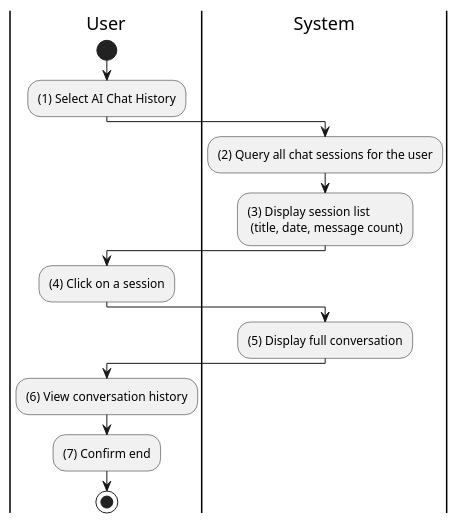
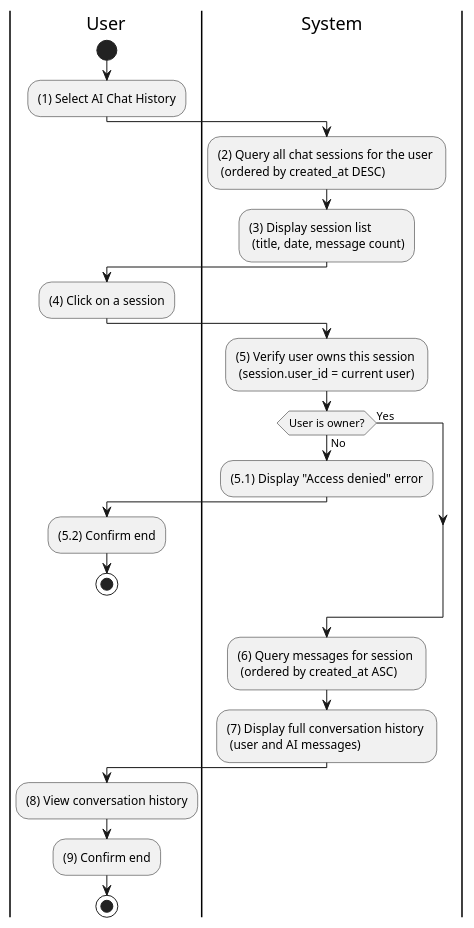
One commit to taskpilot-platform/taskpilot-platform.github.io changed the diagram in docs/docs/activity/ai-assistant/view-ai-chat-history.md. Above: the diagram before and after it, drawn with PlantUML. The commit also changed 14 other files, not shown here.

First line of the commit message:
feat(activity): expand batch 2 activity diagrams to ~40-50 lines

````diff
--- a/docs/docs/activity/ai-assistant/view-ai-chat-history.md
+++ b/docs/docs/activity/ai-assistant/view-ai-chat-history.md
@@ -3,26 +3,38 @@
 ```plantuml
 @startuml
 |U|User
 |S|System
 
 |U|
 start
 :(1) Select AI Chat History;
 
 |S|
-:(2) Query all chat sessions for the user;
+:(2) Query all chat sessions for the user \n (ordered by created_at DESC);
 :(3) Display session list \n (title, date, message count);
 
 |U|
 :(4) Click on a session;
 
 |S|
-:(5) Display full conversation;
+:(5) Verify user owns this session \n (session.user_id = current user);
+
+if (User is owner?) then (No)
+  :(5.1) Display "Access denied" error;
+  |U|
+  :(5.2) Confirm end;
+  stop
+else (Yes)
+endif
+
+|S|
+:(6) Query messages for session \n (ordered by created_at ASC);
+:(7) Display full conversation history \n (user and AI messages);
 
 |U|
-:(6) View conversation history;
-:(7) Confirm end;
+:(8) View conversation history;
+:(9) Confirm end;
 
 stop
 @enduml
 ```
````
